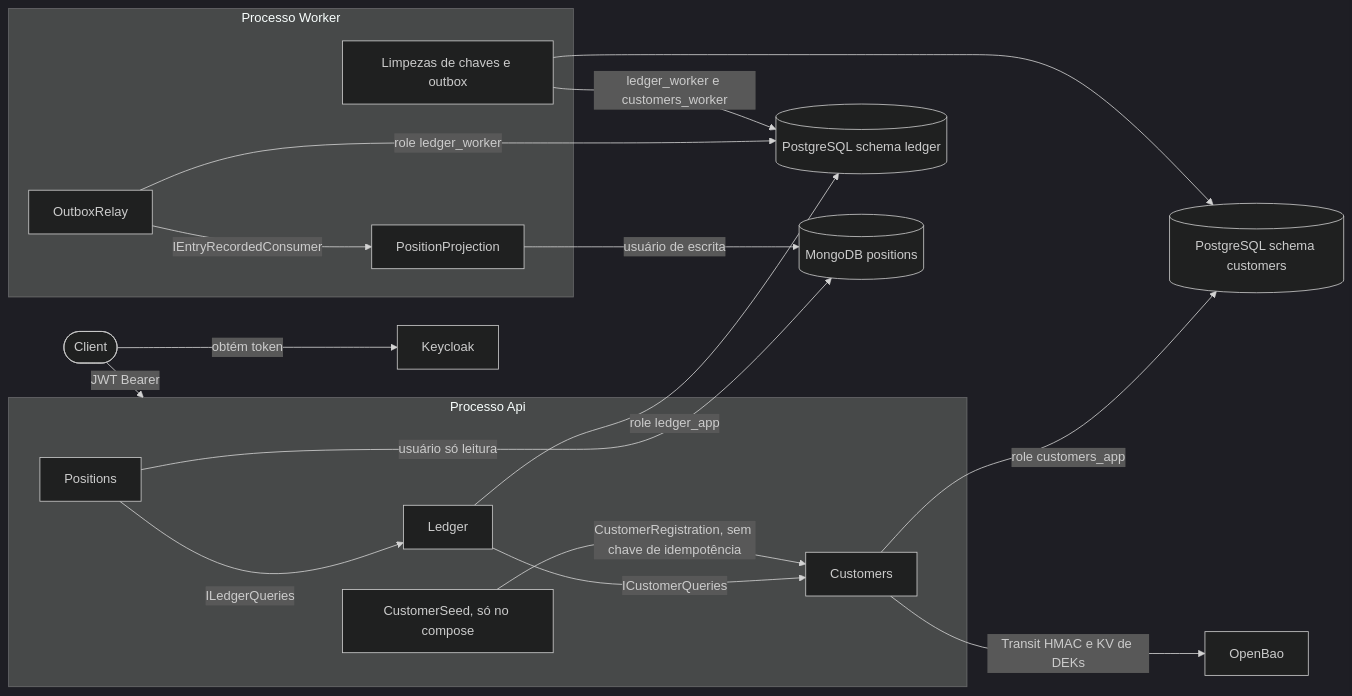
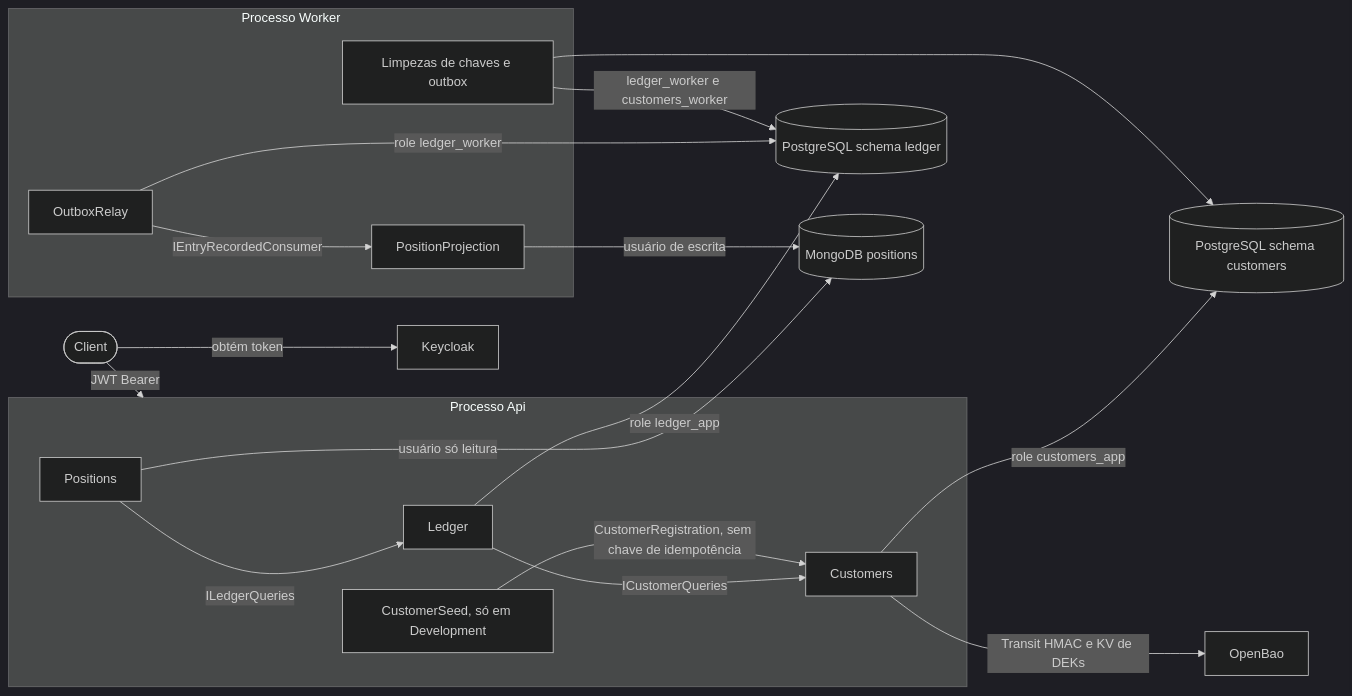
Before and after one commit to arthuurw/desafio-arquiteto-keyrus: the first of 3 diagrams in docs/arquitetura/README.md, drawn with Mermaid (dark theme). The commit also changed other lines of this file and 73 other files, not shown here.

````diff
--- a/docs/arquitetura/README.md
+++ b/docs/arquitetura/README.md
@@ -29,35 +29,35 @@
 ```mermaid
 flowchart LR
   C([Client])
   K[Keycloak]
   subgraph API[Processo Api]
     L[Ledger]
     P[Positions]
     CU[Customers]
-    S[CustomerSeed, só no compose]
+    S[CustomerSeed, só em Development]
   end
   subgraph WK[Processo Worker]
     R[OutboxRelay]
     PP[PositionProjection]
     PU[Limpezas de chaves e outbox]
   end
   PGL[(PostgreSQL schema ledger)]
   PGC[(PostgreSQL schema customers)]
   M[(MongoDB positions)]
   V[OpenBao]
 
   C -->|obtém token| K
   C -->|JWT Bearer| API
   L -->|role ledger_app| PGL
   CU -->|role customers_app| PGC
   L -->|ICustomerQueries| CU
   P -->|ILedgerQueries| L
   P -->|usuário só leitura| M
   CU -->|Transit HMAC e KV de DEKs| V
   S -->|CustomerRegistration, sem chave de idempotência| CU
   R -->|role ledger_worker| PGL
   R -->|IEntryRecordedConsumer| PP
   PP -->|usuário de escrita| M
   PU -->|ledger_worker e customers_worker| PGL
   PU --> PGC
 ```
````
